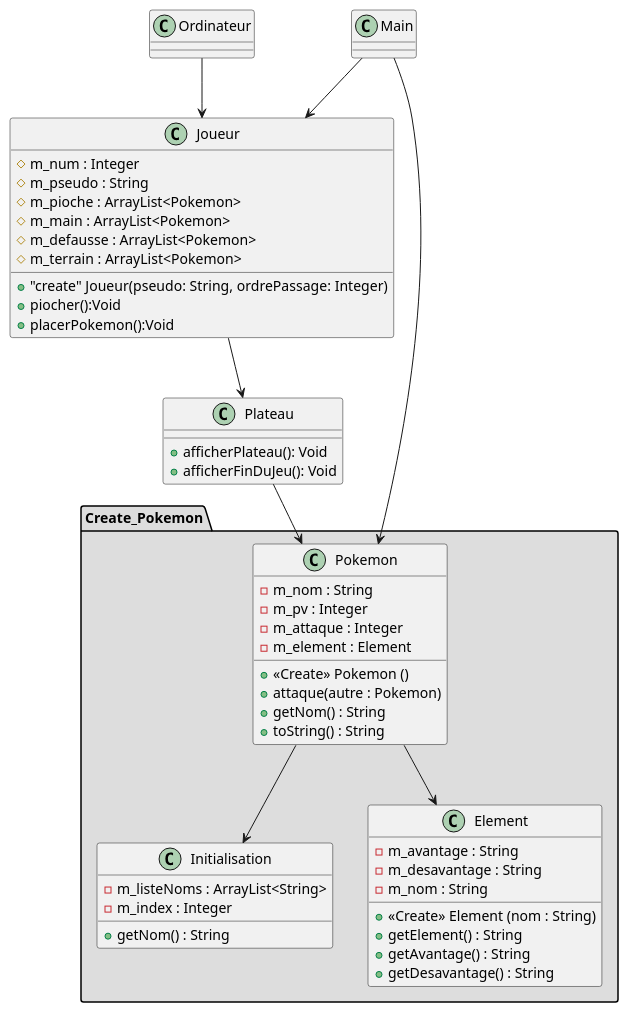
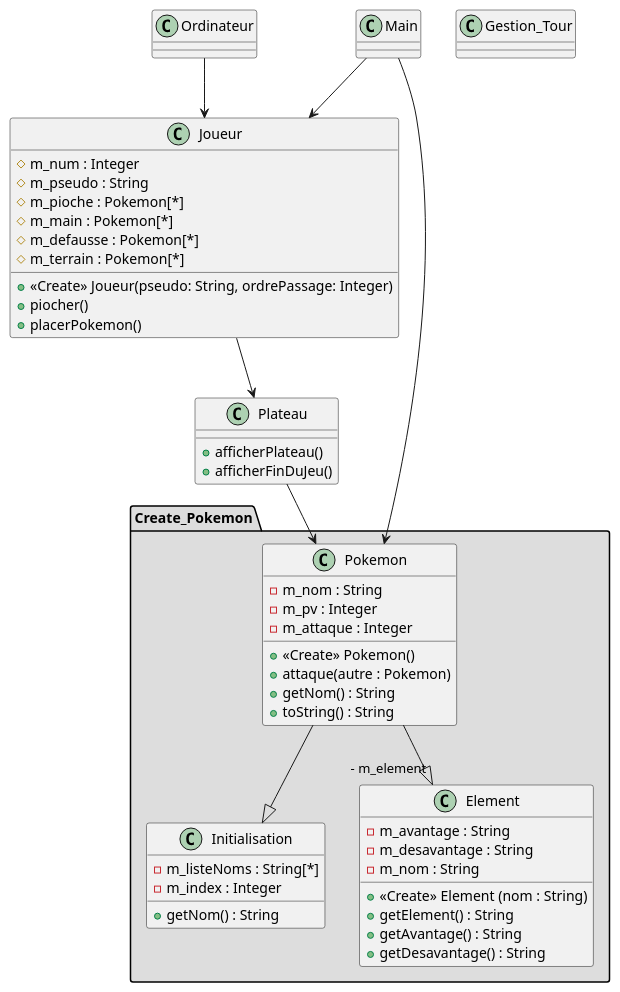
The diagram in uml/semaine1.puml (Wa-Melissa/Pookemon), drawn with PlantUML before and after one commit. The commit also changed 2 other files, not shown here.

Commit message:
Création classe Joueur et modif PLateau + UML

```diff
--- a/uml/semaine1.puml
+++ b/uml/semaine1.puml
@@ -1,80 +1,85 @@
 @startuml
 
 class Main
 {
 
 }
 
 class Ordinateur
 {
 
 }
 
 class Joueur
 {
 # m_num : Integer
 # m_pseudo : String
-# m_pioche : ArrayList<Pokemon>
-# m_main : ArrayList<Pokemon>
-# m_defausse : ArrayList<Pokemon>
-# m_terrain : ArrayList<Pokemon>
-+ "create" Joueur(pseudo: String, ordrePassage: Integer)
-+ piocher():Void
-+ placerPokemon():Void
+# m_pioche : Pokemon[*]
+# m_main : Pokemon[*]
+# m_defausse : Pokemon[*]
+# m_terrain : Pokemon[*]
++ <<Create>> Joueur(pseudo: String, ordrePassage: Integer)
++ piocher()
++ placerPokemon()
 
 }
 
 
 
 
 class Plateau
 {
-+ afficherPlateau(): Void
-+afficherFinDuJeu(): Void
++ afficherPlateau()
++afficherFinDuJeu()
 }
 
+class Gestion_Tour
+{
+
+}
 
 package "Create_Pokemon" #DDDDDD {
 
 class Pokemon
 {
 - m_nom : String
 - m_pv : Integer
 - m_attaque : Integer
-- m_element : Element
-+ <<Create>> Pokemon ()
++ <<Create>> Pokemon()
 + attaque(autre : Pokemon)
 + getNom() : String
 + toString() : String
 }
 
+
+
 class Initialisation
 {
-- m_listeNoms : ArrayList<String>
+- m_listeNoms : String[*]
 - m_index : Integer
 + getNom() : String
 }
 
 class Element
 {
 - m_avantage : String
 - m_desavantage : String
 - m_nom : String
 + <<Create>> Element (nom : String)
 + getElement() : String
 + getAvantage() : String
 + getDesavantage() : String
 }
 
 }
 
 Plateau --> Pokemon
-Pokemon --> Element
+Pokemon --|> "- m_element" Element
 Ordinateur --> Joueur
 Joueur --> Plateau
 Main --> Pokemon
 Main --> Joueur
-Pokemon --> Initialisation
+Pokemon --|> Initialisation
 
 
 @enduml
```
